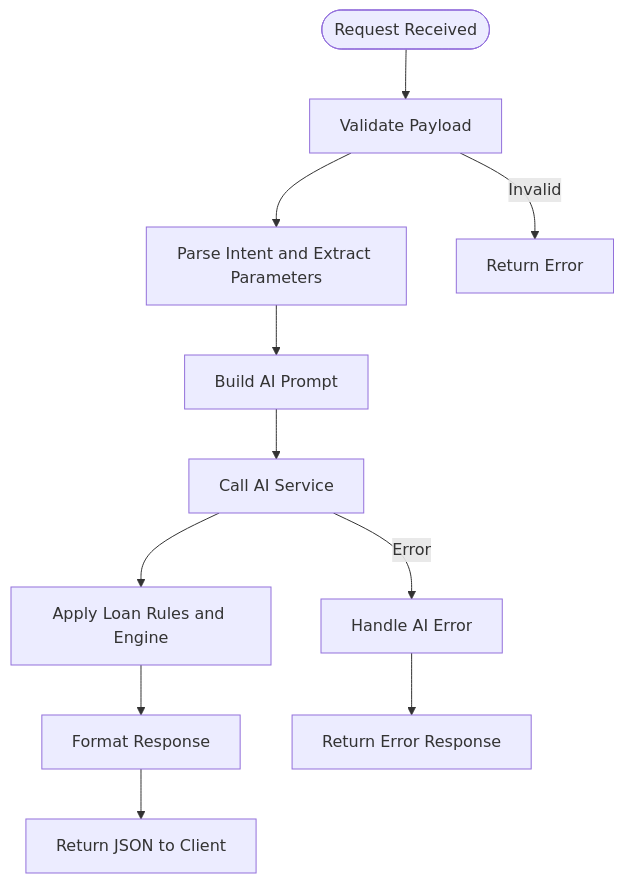
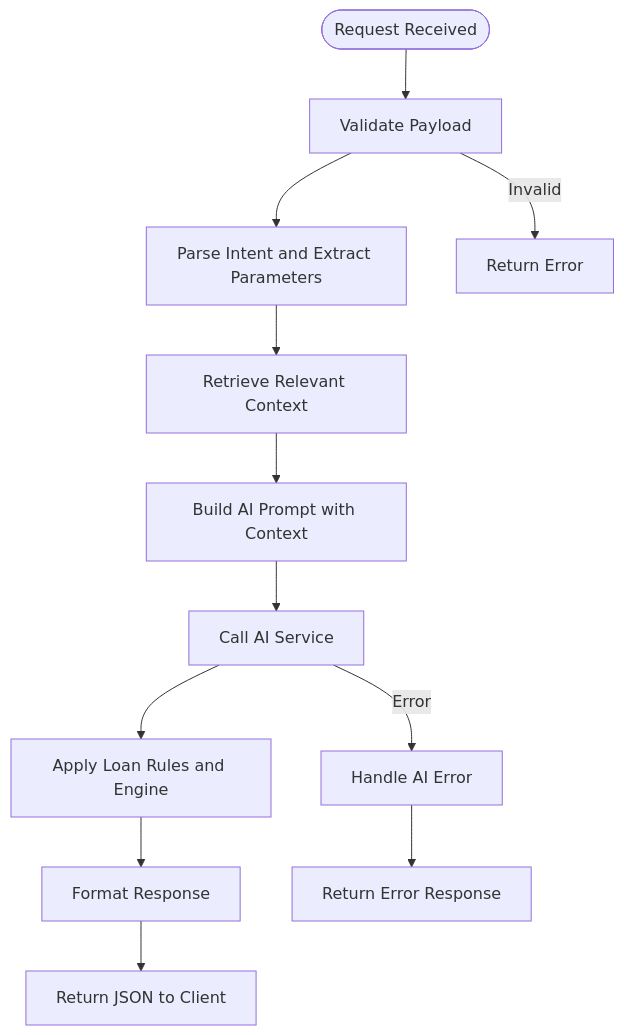
One commit to alibaba-hackathon-fsi/frontend-vaya changed the fourth of 6 diagrams in .qoder/repowiki/en/content/Chat Interface/Chat Interface.md. Above: the diagram before and after it, drawn with Mermaid. The commit also changed other lines of this file and 77 other files, not shown here.

````diff
--- a/.qoder/repowiki/en/content/Chat Interface/Chat Interface.md
+++ b/.qoder/repowiki/en/content/Chat Interface/Chat Interface.md
@@ -198,13 +225,14 @@
 ```mermaid
 flowchart TD
 Start(["Request Received"]) --> Validate["Validate Payload"]
 Validate --> ParseIntent["Parse Intent and Extract Parameters"]
-ParseIntent --> BuildPrompt["Build AI Prompt"]
+ParseIntent --> RetrieveContext["Retrieve Relevant Context"]
+RetrieveContext --> BuildPrompt["Build AI Prompt with Context"]
 BuildPrompt --> CallAI["Call AI Service"]
 CallAI --> ApplyRules["Apply Loan Rules and Engine"]
 ApplyRules --> FormatResponse["Format Response"]
 FormatResponse --> ReturnJSON["Return JSON to Client"]
 Validate --> |Invalid| Error["Return Error"]
 CallAI --> |Error| HandleError["Handle AI Error"]
 HandleError --> ReturnError["Return Error Response"]
 ```
````
